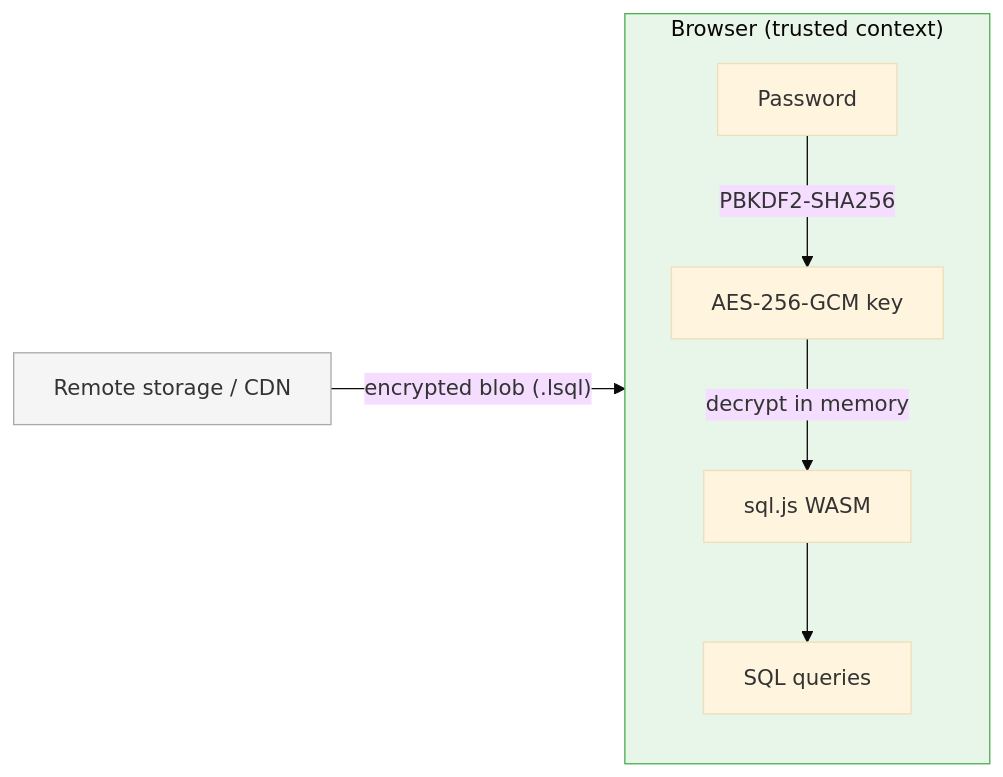
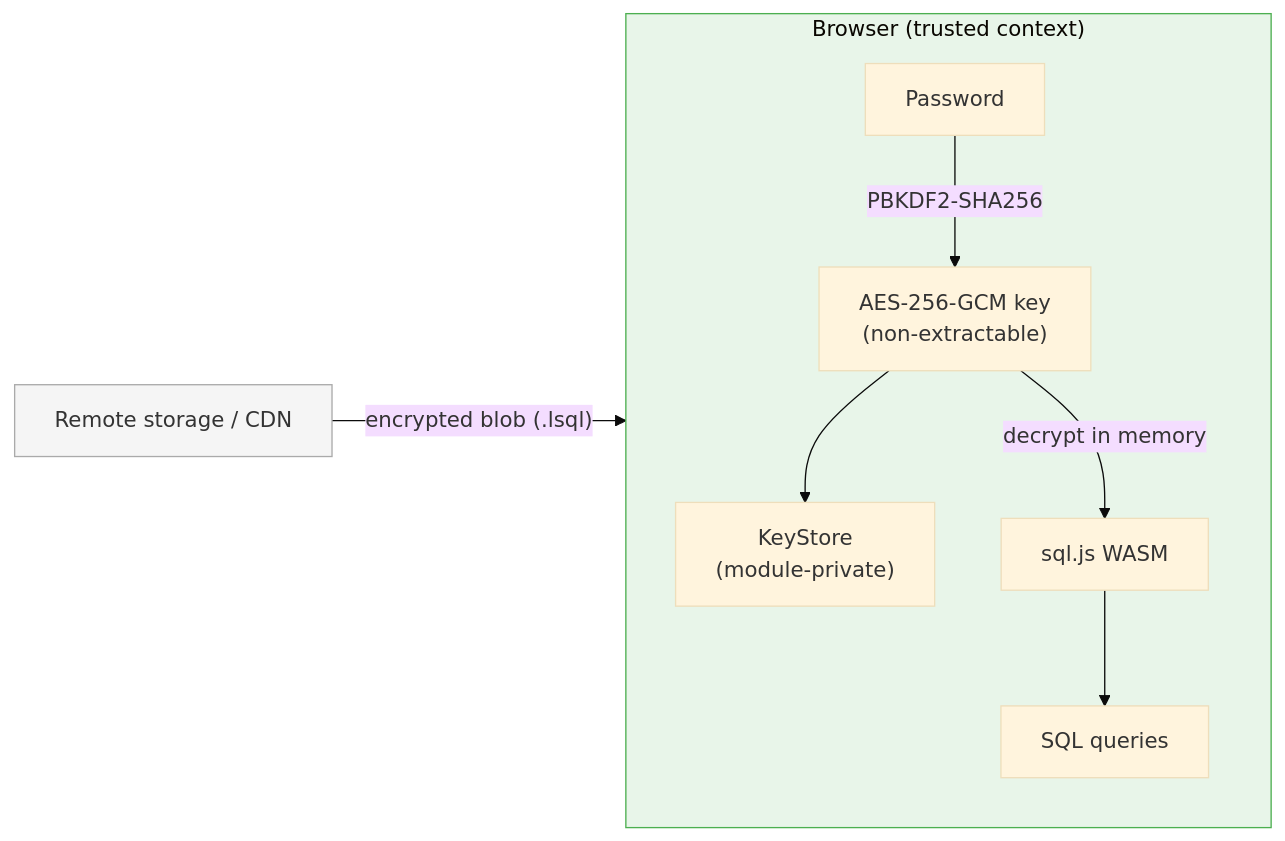
One commit to codingjoe/libreSQL changed the diagram in README.md. Above: the diagram before and after it, drawn with Mermaid (base theme). The commit also changed other lines of this file and 10 other files, not shown here.

First line of the commit message:
feat: store key in instance, onWrite callback, digest(), compression, SW storage, restructured README

````diff
--- a/README.md
+++ b/README.md
@@ -11,14 +11,15 @@
 ```mermaid
 flowchart LR
     subgraph Browser["Browser (trusted context)"]
         direction TB
-        P["Password"] -->|PBKDF2-SHA256| K["AES-256-GCM key"]
+        P["Password"] -->|PBKDF2-SHA256| K["AES-256-GCM key\n(non-extractable)"]
+        K --> KeyStore["KeyStore\n(module-private)"]
         K -->|decrypt in memory| SQL["sql.js WASM"]
         SQL --> Q["SQL queries"]
     end
 
     Server["Remote storage / CDN"] -->|"encrypted blob (.lsql)"| Browser
 
     style Server fill:#f5f5f5,stroke:#aaa
     style Browser fill:#e8f5e9,stroke:#4caf50
 ```
````
